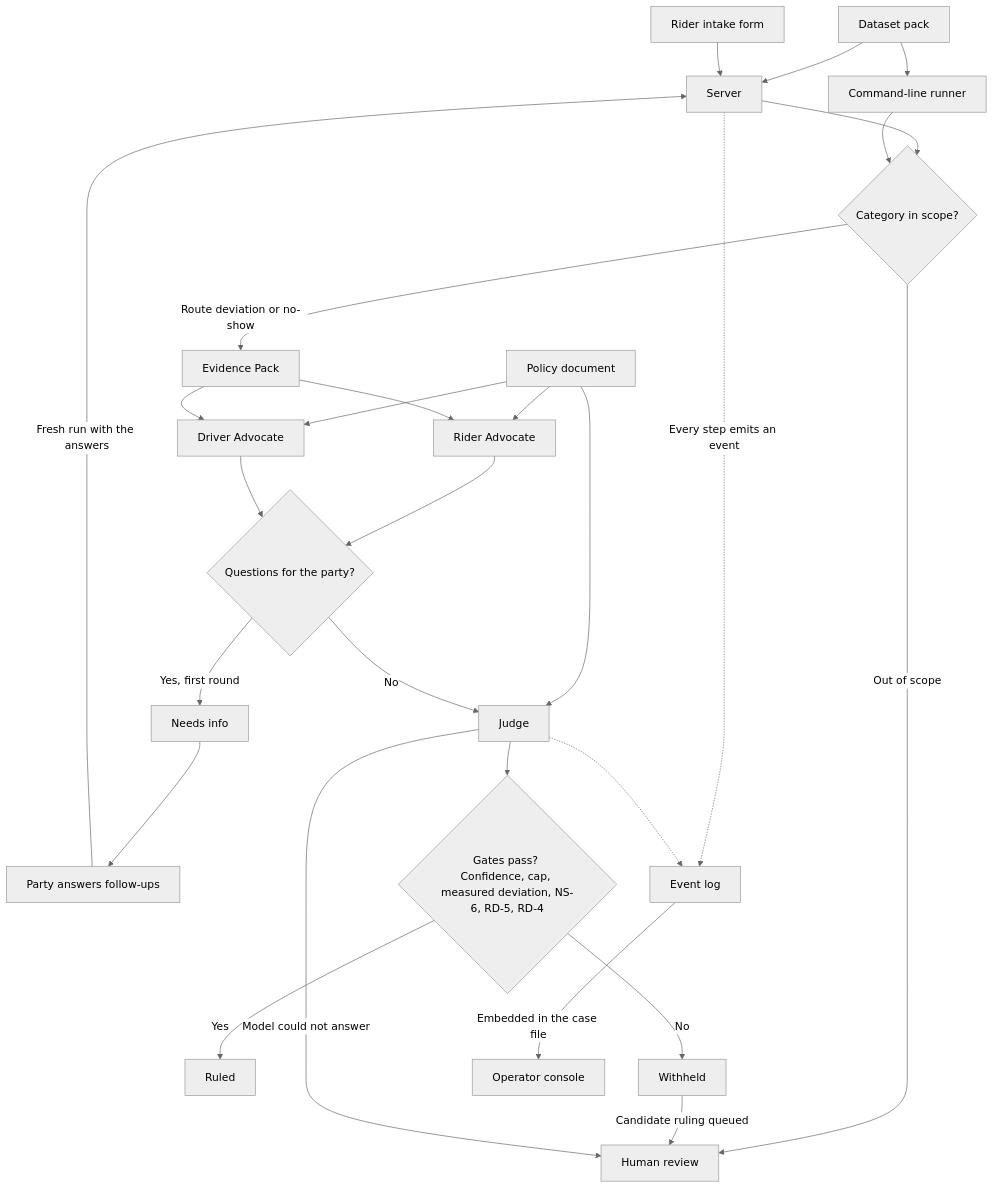
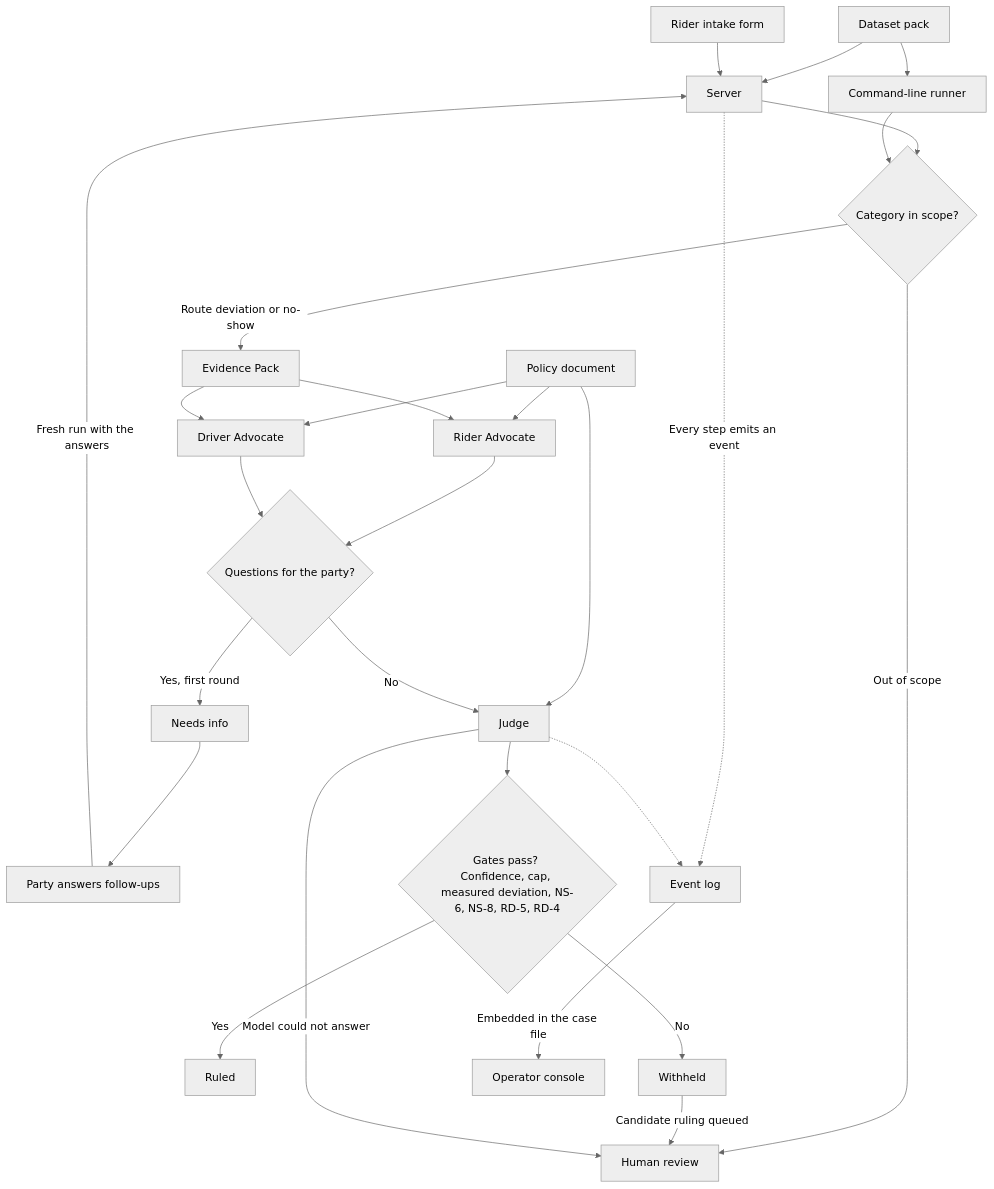
Before and after one commit to hermicaduceus/ryde-dispute-resolution-submission: the diagram in README.md, drawn with Mermaid (neutral theme). The commit also changed other lines of this file and 3 other files, not shown here.

````diff
--- a/README.md
+++ b/README.md
@@ -39,29 +39,29 @@
 ```mermaid
 flowchart TD
     PACK["Dataset pack"] --> B["Server"]
     PACK --> CL["Command-line runner"]
     A["Rider intake form"] --> B
     B --> C{"Category in scope?"}
     CL --> C
     C -- "Out of scope" --> H["Human review"]
     C -- "Route deviation or no-show" --> E["Evidence Pack"]
     POL["Policy document"] --> RA["Rider Advocate"]
     POL --> DA["Driver Advocate"]
     POL --> J["Judge"]
     E --> RA
     E --> DA
     RA --> S{"Questions for the party?"}
     DA --> S
     S -- "Yes, first round" --> O4["Needs info"]
     O4 --> PA["Party answers follow-ups"]
     PA -- "Fresh run with the answers" --> B
     S -- "No" --> J
-    J --> G{"Gates pass? Confidence, cap, measured deviation, NS-6, RD-5, RD-4"}
+    J --> G{"Gates pass? Confidence, cap, measured deviation, NS-6, NS-8, RD-5, RD-4"}
     G -- "Yes" --> O1["Ruled"]
     G -- "No" --> O2["Withheld"]
     O2 -- "Candidate ruling queued" --> H
     J -- "Model could not answer" --> H
     B -. "Every step emits an event" .-> L["Event log"]
     J -.-> L
     L -- "Embedded in the case file" --> K["Operator console"]
 ```
````
